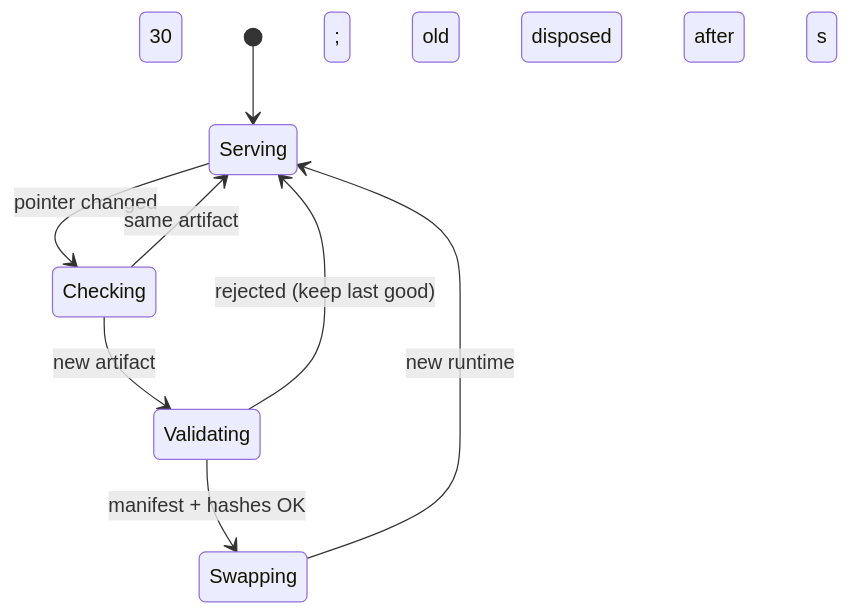
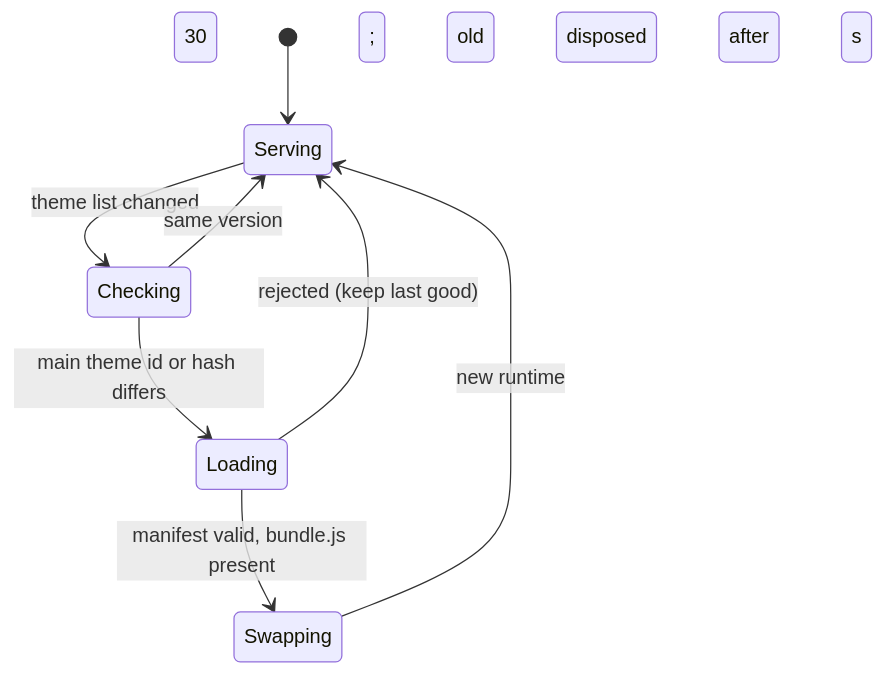
One commit to 0ctanium/puckremote changed the diagram in apps/docs/content/docs/internal/architecture/artifact-loader.mdx. Above: the diagram before and after it, drawn with Mermaid. The commit also changed other lines of this file and 117 other files, not shown here.

````diff
--- a/apps/docs/content/docs/internal/architecture/artifact-loader.mdx
+++ b/apps/docs/content/docs/internal/architecture/artifact-loader.mdx
@@ -22,10 +25,10 @@
 ```mermaid
 stateDiagram-v2
   [*] --> Serving
-  Serving --> Checking: pointer changed
-  Checking --> Validating: new artifact
-  Checking --> Serving: same artifact
-  Validating --> Swapping: manifest + hashes OK
-  Validating --> Serving: rejected (keep last good)
+  Serving --> Checking: theme list changed
+  Checking --> Loading: main theme id or hash differs
+  Checking --> Serving: same version
+  Loading --> Swapping: manifest valid, bundle.js present
+  Loading --> Serving: rejected (keep last good)
   Swapping --> Serving: new runtime; old disposed after 30 s
 ```
````
